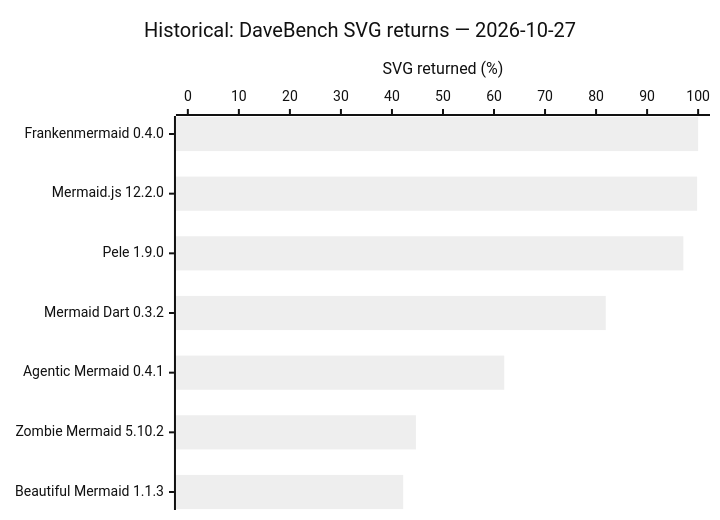
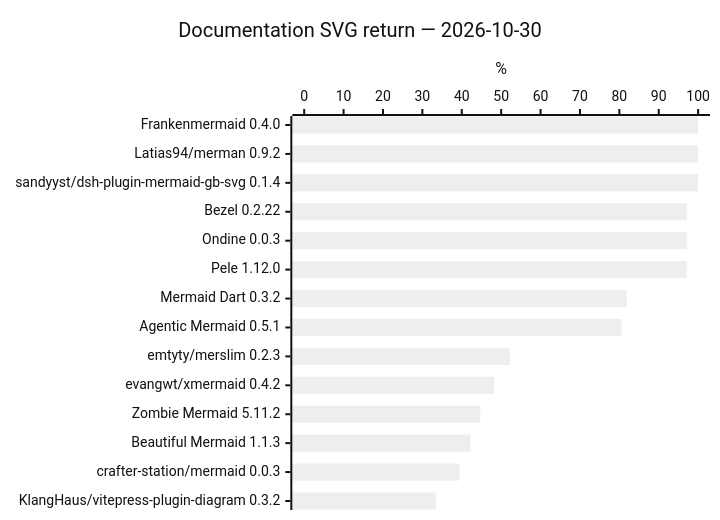
Before and after one commit to adewale/trident: the diagram in RESULTS.md, drawn with Mermaid (neutral theme). The commit also changed other lines of this file and 48 other files, not shown here.

````diff
--- a/RESULTS.md
+++ b/RESULTS.md
@@ -155,7 +511,7 @@
 ```mermaid
 xychart-beta horizontal
-    title "Historical: DaveBench SVG returns — 2026-10-27"
-    x-axis ["Frankenmermaid 0.4.0", "Mermaid.js 12.2.0", "Pele 1.9.0", "Mermaid Dart 0.3.2", "Agentic Mermaid 0.4.1", "Zombie Mermaid 5.10.2", "Beautiful Mermaid 1.1.3"]
-    y-axis "SVG returned (%)" 0 --> 100
-    bar [100, 99.8, 97.1, 81.9, 62, 44.7, 42.2]
+    title "Documentation SVG return — 2026-10-30"
+    x-axis ["Frankenmermaid 0.4.0", "Latias94/merman 0.9.2", "sandyyst/dsh-plugin-mermaid-gb-svg 0.1.4", "Bezel 0.2.22", "Ondine 0.0.3", "Pele 1.12.0", "Mermaid Dart 0.3.2", "Agentic Mermaid 0.5.1", "emtyty/merslim 0.2.3", "evangwt/xmermaid 0.4.2", "Zombie Mermaid 5.11.2", "Beautiful Mermaid 1.1.3", "crafter-station/mermaid 0.0.3", "KlangHaus/vitepress-plugin-diagram 0.3.2"]
+    y-axis "%" 0 --> 100
+    bar [100, 100, 100, 97.1, 97.1, 97.1, 81.9, 80.5, 52.2, 48.2, 44.7, 42.2, 39.4, 33.4]
 ```
````
